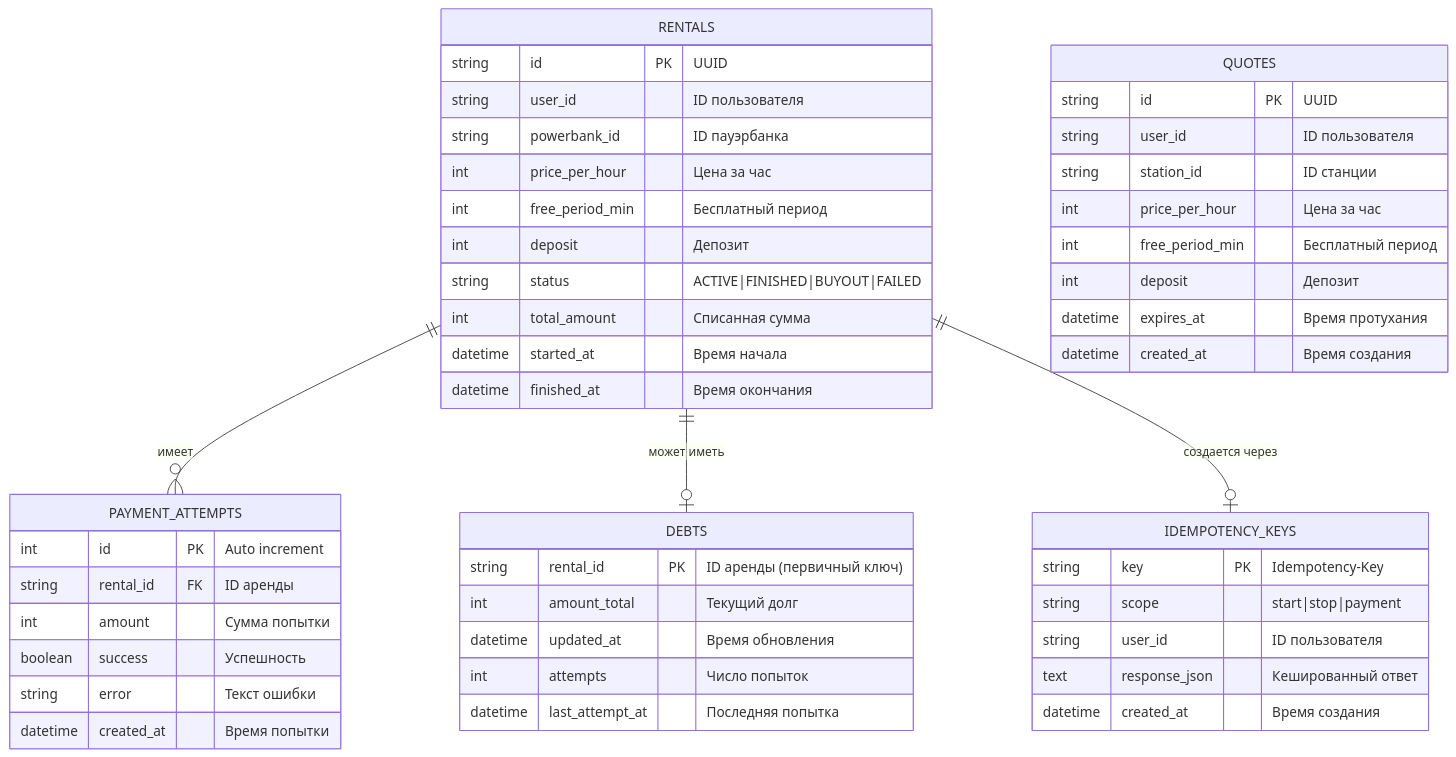
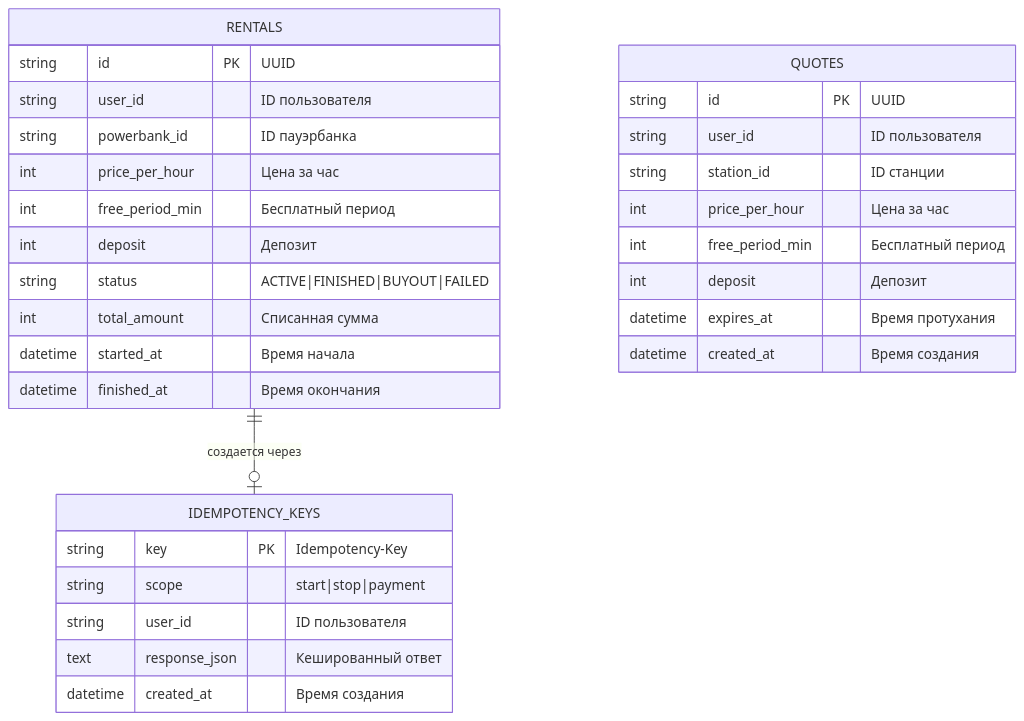
One commit to AlexanderExp/SysDesign-HW-1 changed the first of 2 diagrams in diagrams/04-database-schema.md. Above: the diagram before and after it, drawn with Mermaid. The commit also changed other lines of this file and 6 other files, not shown here.

Commit message:
Updated diagrams

````diff
--- a/diagrams/04-database-schema.md
+++ b/diagrams/04-database-schema.md
@@ -5,55 +14,36 @@
 ```mermaid
 erDiagram
-    RENTALS ||--o{ PAYMENT_ATTEMPTS : "имеет"
-    RENTALS ||--o| DEBTS : "может иметь"
     RENTALS ||--o| IDEMPOTENCY_KEYS : "создается через"
     
     RENTALS {
         string id PK "UUID"
         string user_id "ID пользователя"
         string powerbank_id "ID пауэрбанка"
         int price_per_hour "Цена за час"
         int free_period_min "Бесплатный период"
         int deposit "Депозит"
         string status "ACTIVE|FINISHED|BUYOUT|FAILED"
         int total_amount "Списанная сумма"
         datetime started_at "Время начала"
         datetime finished_at "Время окончания"
-    }
-    
-    PAYMENT_ATTEMPTS {
-        int id PK "Auto increment"
-        string rental_id FK "ID аренды"
-        int amount "Сумма попытки"
-        boolean success "Успешность"
-        string error "Текст ошибки"
-        datetime created_at "Время попытки"
-    }
-    
-    DEBTS {
-        string rental_id PK "ID аренды (первичный ключ)"
-        int amount_total "Текущий долг"
-        datetime updated_at "Время обновления"
-        int attempts "Число попыток"
-        datetime last_attempt_at "Последняя попытка"
     }
     
     QUOTES {
         string id PK "UUID"
         string user_id "ID пользователя"
         string station_id "ID станции"
         int price_per_hour "Цена за час"
         int free_period_min "Бесплатный период"
         int deposit "Депозит"
         datetime expires_at "Время протухания"
         datetime created_at "Время создания"
     }
     
     IDEMPOTENCY_KEYS {
         string key PK "Idempotency-Key"
         string scope "start|stop|payment"
         string user_id "ID пользователя"
         text response_json "Кешированный ответ"
         datetime created_at "Время создания"
     }
 ```
````
